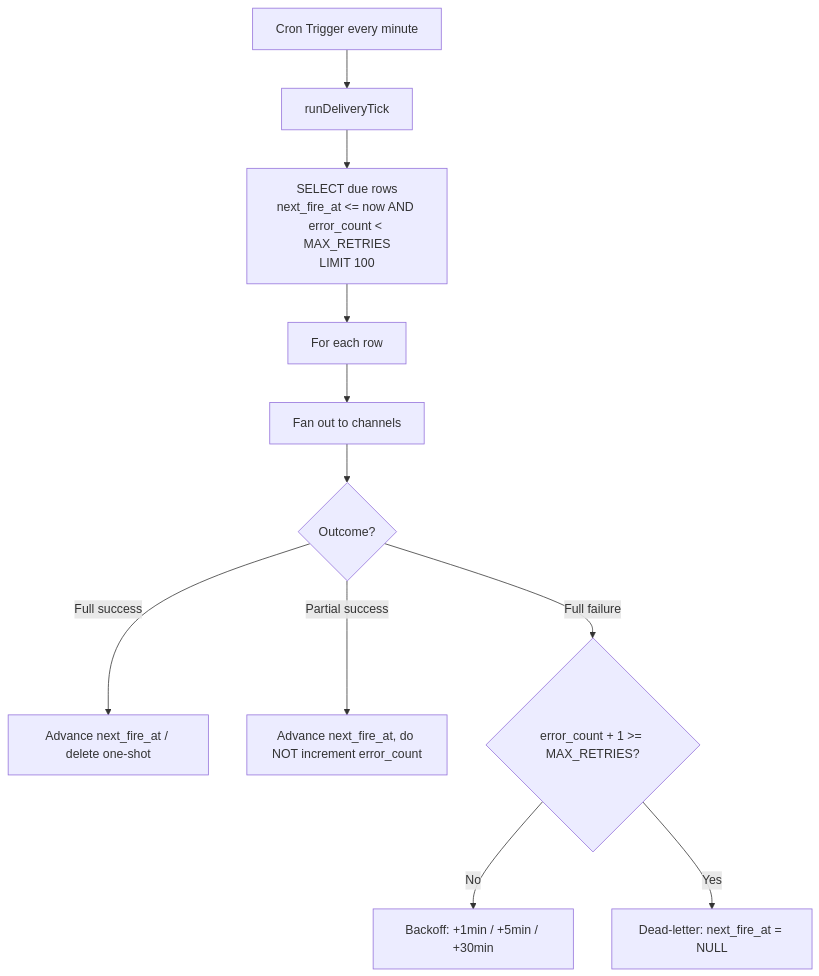
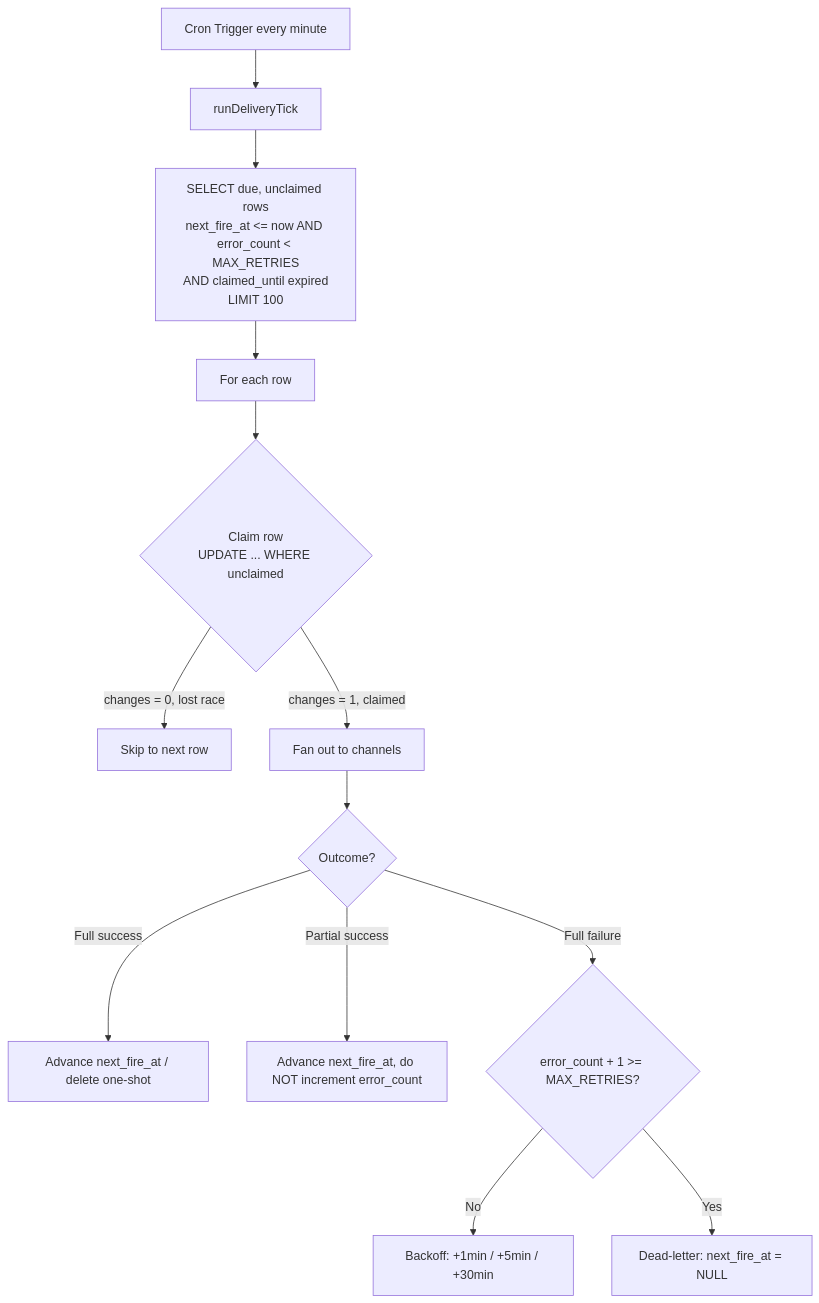
One commit to Takazudo/zudo-cloudflare-wisdom changed the diagram in src/content/docs-ja/recipes/cron-d1-queue.mdx. Above: the diagram before and after it, drawn with Mermaid. The commit also changed other lines of this file and 3 other files, not shown here.

````diff
--- a/src/content/docs-ja/recipes/cron-d1-queue.mdx
+++ b/src/content/docs-ja/recipes/cron-d1-queue.mdx
@@ -13,13 +13,15 @@
 ```mermaid
 graph TB
   Cron[Cron Trigger every minute] --> Tick[runDeliveryTick]
-  Tick --> Query["SELECT due rows<br/>next_fire_at &lt;= now AND error_count &lt; MAX_RETRIES<br/>LIMIT 100"]
+  Tick --> Query["SELECT due, unclaimed rows<br/>next_fire_at &lt;= now AND error_count &lt; MAX_RETRIES<br/>AND claimed_until expired<br/>LIMIT 100"]
   Query --> Loop[For each row]
-  Loop --> Deliver[Fan out to channels]
+  Loop --> Claim{"Claim row<br/>UPDATE ... WHERE unclaimed"}
+  Claim -->|"changes = 0, lost race"| Skip[Skip to next row]
+  Claim -->|"changes = 1, claimed"| Deliver[Fan out to channels]
   Deliver --> Success{Outcome?}
   Success -->|Full success| Advance[Advance next_fire_at / delete one-shot]
   Success -->|Partial success| AdvanceNoCount[Advance next_fire_at, do NOT increment error_count]
   Success -->|Full failure| Backoff{error_count + 1 >= MAX_RETRIES?}
   Backoff -->|No| Retry[Backoff: +1min / +5min / +30min]
   Backoff -->|Yes| DeadLetter[Dead-letter: next_fire_at = NULL]
 ```
````
